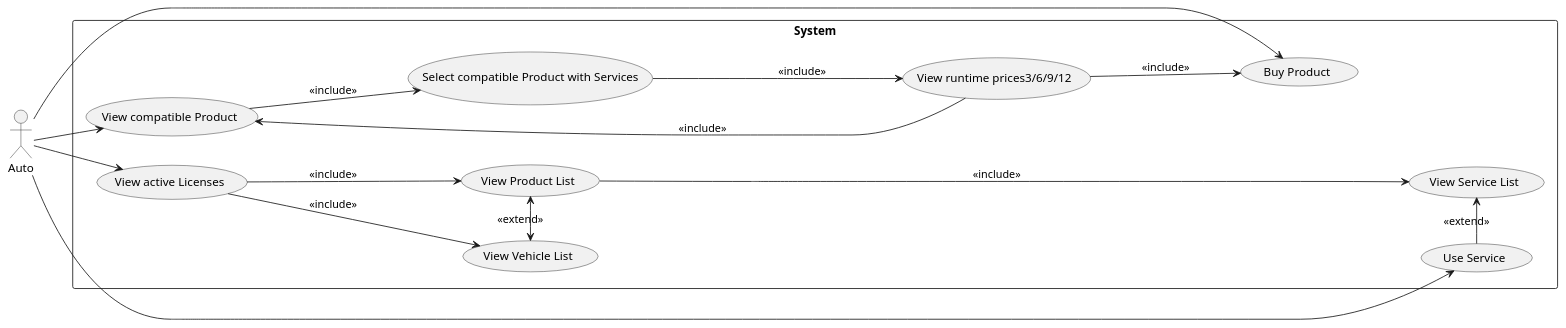
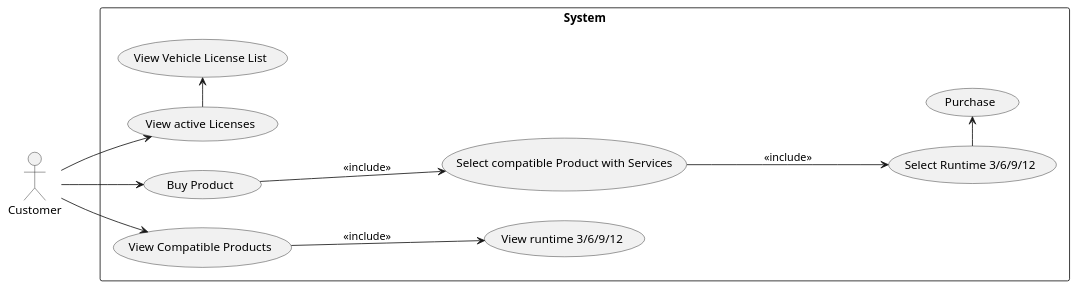
The diagram in use case.puml (ljbg1996/car-backend), drawn with PlantUML before and after one commit.

Commit message:
edited the UseCase

```diff
--- a/use case.puml
+++ b/use case.puml
@@ -1,28 +1,25 @@
 @startuml
 left to right direction
 
-actor "Auto" as at
+actor "Customer" as at
 rectangle System{
 
 
 
-(View compatible Product) ---> (Select compatible Product with Services): <<include>>
-(Select compatible Product with Services) ----> (View runtime prices3/6/9/12): <<include>>
+(Buy Product) ---> (Select compatible Product with Services): <<include>>
+(Select compatible Product with Services) ----> (Select Runtime 3/6/9/12): <<include>>
+(Select Runtime 3/6/9/12) ->(Purchase)
 
 
 
-(View runtime prices3/6/9/12) ---> (Buy Product) : << include>>
-(View runtime prices3/6/9/12) -----> (View compatible Product) : <<include>>
+(View Compatible Products)---> (View runtime 3/6/9/12): << include>>
 
-(View active Licenses) ---> (View Vehicle List): <<include>>
-(View active Licenses) -> (View Product List): <<include>>
-(View Vehicle List) <-> (View Product List): <<extend>>
-(View Product List) -------> (View Service List): <<include>>
-(View Service List) <- (Use Service): <<extend>>
+
+(View active Licenses)->(View Vehicle License List)
 }
 
-at --> (View compatible Product)
+at --> (View Compatible Products)
 at --> (Buy Product)
 at -> (View active Licenses)
-at ----------> (Use Service)
+
 @enduml
```
